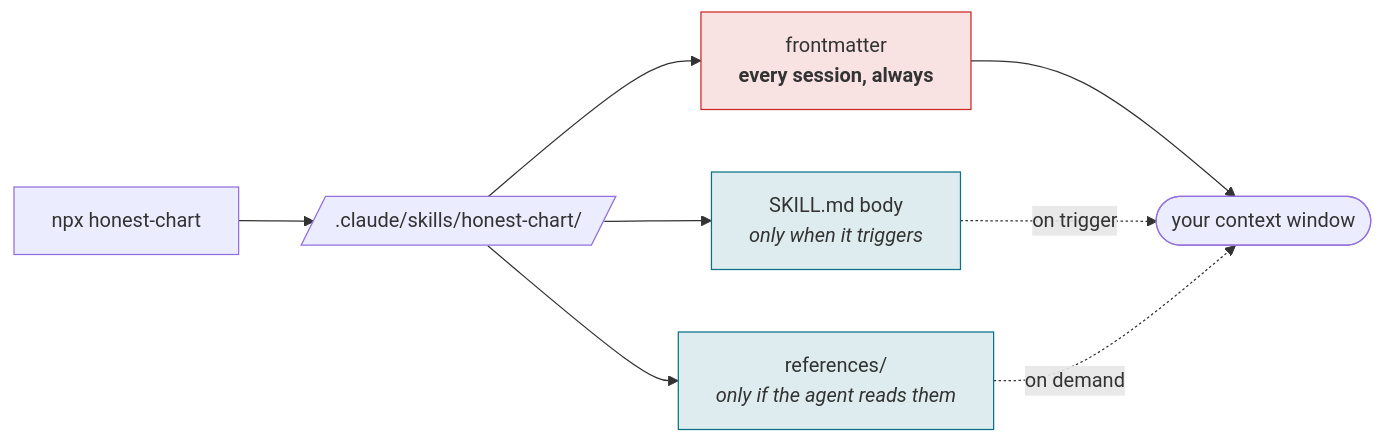
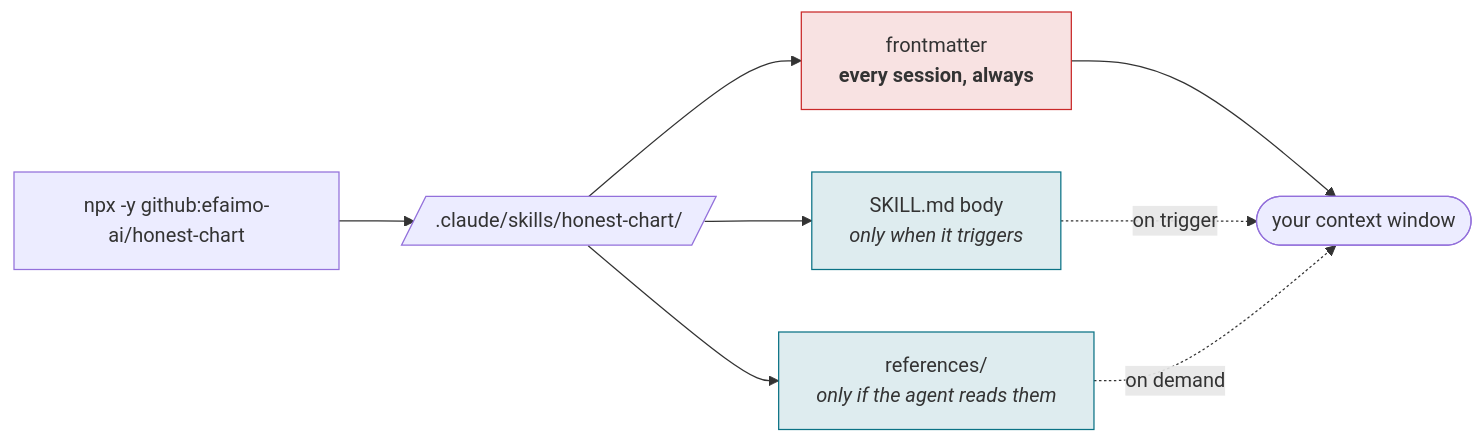
One commit to efaimo-ai/honest-chart changed the second of 3 diagrams in README.md. Above: the diagram before and after it, drawn with Mermaid. The commit also changed other lines of this file and 1 other file, not shown here.

````diff
--- a/README.md
+++ b/README.md
@@ -130,14 +140,14 @@
 ```mermaid
 flowchart LR
-    N["npx honest-chart"] --> D[/".claude/skills/honest-chart/"/]
+    N["npx -y github:efaimo-ai/honest-chart"] --> D[/".claude/skills/honest-chart/"/]
     D --> M["frontmatter<br/><b>every session, always</b>"]
     D --> B["SKILL.md body<br/><i>only when it triggers</i>"]
     D --> R["references/<br/><i>only if the agent reads them</i>"]
     M --> S(["your context window"])
     B -.->|"on trigger"| S
     R -.->|"on demand"| S
     classDef always fill:#c9282822,stroke:#c92828,stroke-width:1px;
     classDef lazy fill:#0b728522,stroke:#0b7285,stroke-width:1px;
     class M always;
     class B,R lazy;
 ```
````
